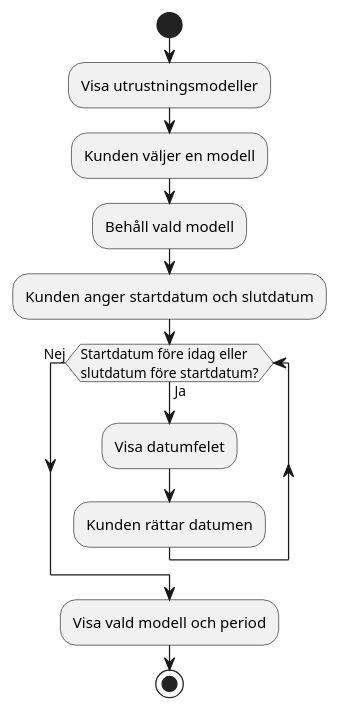
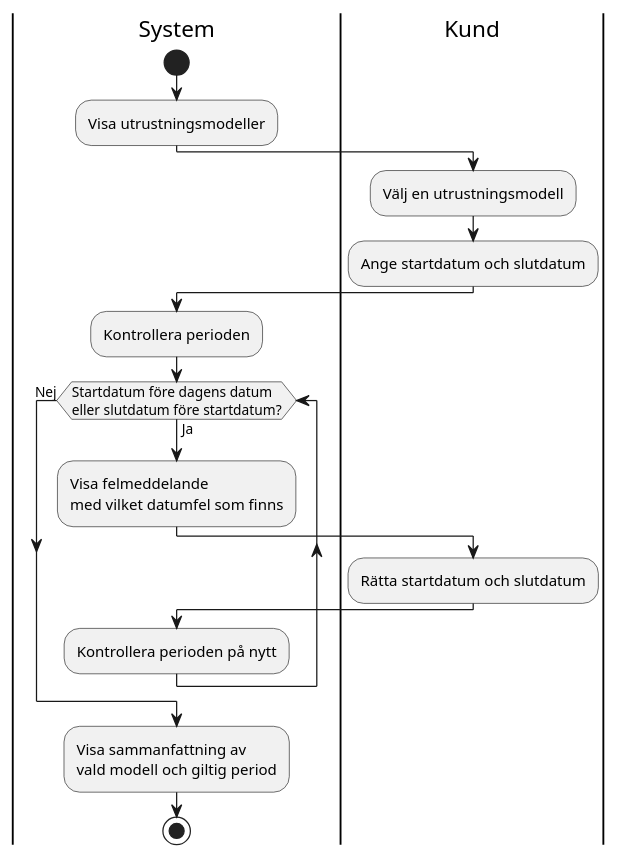
The diagram in Aktivitetsdiagram.puml (lubajosylasgmailcom/ModellOchPeriod), drawn with PlantUML before and after one commit.

Commit message:
Update activity diagram

```diff
--- a/Aktivitetsdiagram.puml
+++ b/Aktivitetsdiagram.puml
@@ -1,16 +1,27 @@
 @startuml Aktivitetsdiagram
+|System|
 start
 
 :Visa utrustningsmodeller;
-:Kunden väljer en modell;
-:Behåll vald modell;
-:Kunden anger startdatum och slutdatum;
 
-while (Startdatum före idag eller\nslutdatum före startdatum?) is (Ja)
-  :Visa datumfelet;
-  :Kunden rättar datumen;
+|Kund|
+:Välj en utrustningsmodell;
+:Ange startdatum och slutdatum;
+
+|System|
+:Kontrollera perioden;
+
+while (Startdatum före dagens datum\neller slutdatum före startdatum?) is (Ja)
+  :Visa felmeddelande\nmed vilket datumfel som finns;
+
+  |Kund|
+  :Rätta startdatum och slutdatum;
+
+  |System|
+  :Kontrollera perioden på nytt;
 endwhile (Nej)
 
-:Visa vald modell och period;
+:Visa sammanfattning av\nvald modell och giltig period;
+
 stop
 @enduml
```
